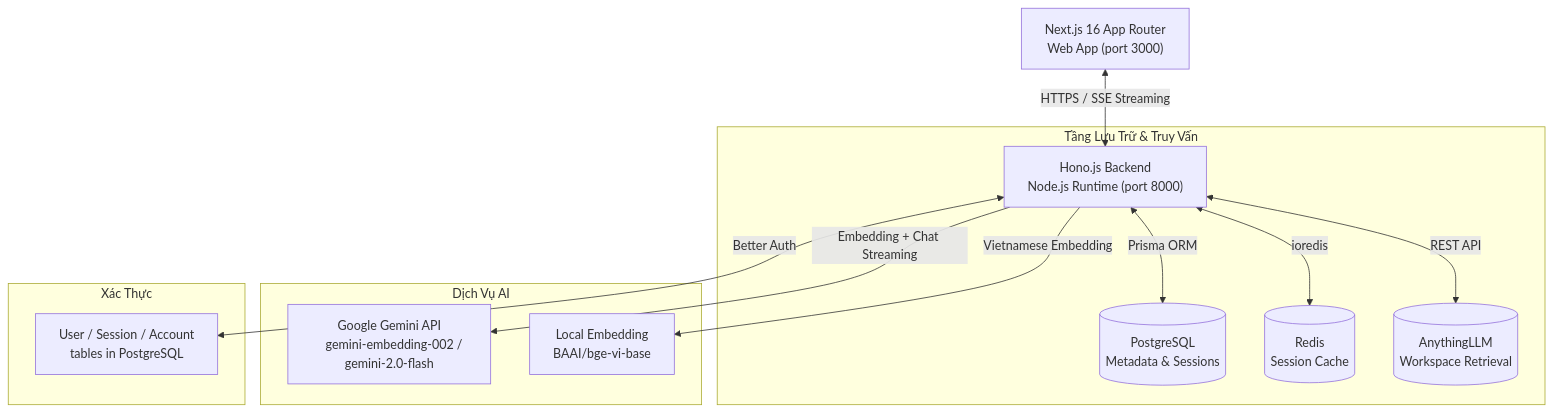
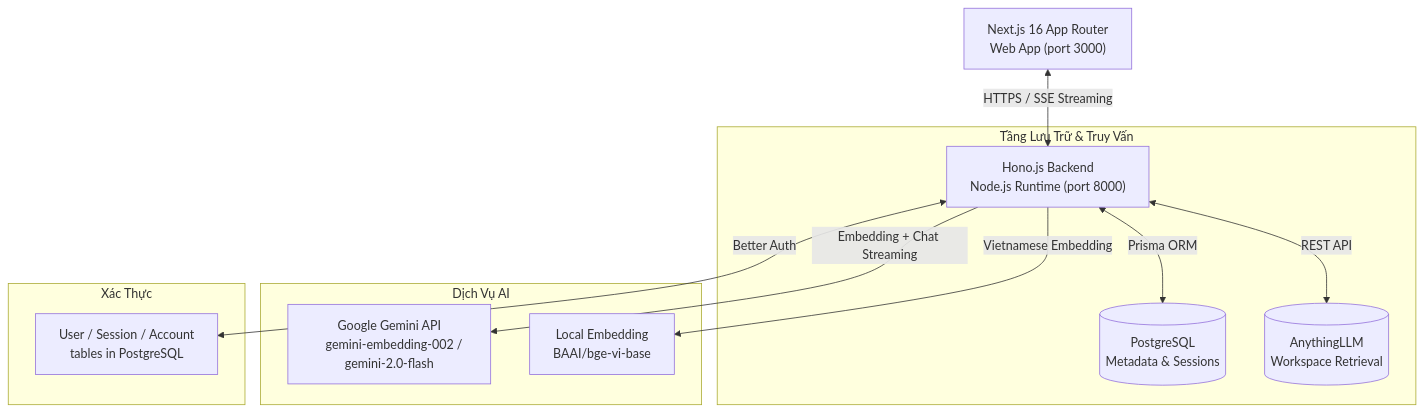
The first of 3 diagrams in docs/technical/architecture/system_architecture.md (lgdlong/chatbot-rag-fptu-sdn), drawn with Mermaid before and after one commit. The commit also changed other lines of this file and 25 other files, not shown here.

````diff
--- a/docs/technical/architecture/system_architecture.md
+++ b/docs/technical/architecture/system_architecture.md
@@ -19,27 +19,25 @@
 ```mermaid
 graph TD
     Client["Next.js 16 App Router
     Web App (port 3000)"] <-->|HTTPS / SSE Streaming| API["Hono.js Backend
     Node.js Runtime (port 8000)"]
 
     subgraph Storage ["Tầng Lưu Trữ & Truy Vấn"]
         API <-->|Prisma ORM| RDB[("PostgreSQL
         Metadata & Sessions")]
-        API <-->|ioredis| Cache[("Redis
-        Session Cache")]
         API <-->|REST API| VDB[("AnythingLLM
         Workspace Retrieval")]
     end
 
     subgraph AI_Services ["Dịch Vụ AI"]
     API -->|"Embedding + Chat Streaming"| Gemini["Google Gemini API
     gemini-embedding-002 / gemini-2.0-flash"]
         API -->|"Vietnamese Embedding"| LocalEmbedding["Local Embedding
         BAAI/bge-vi-base"]
     end
 
     subgraph Auth ["Xác Thực"]
         API <-->|Better Auth| AuthDB["User / Session / Account
         tables in PostgreSQL"]
     end
 ```
````
